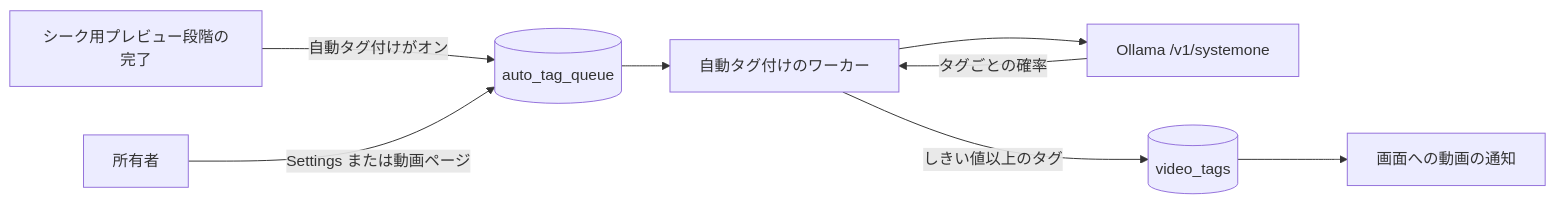
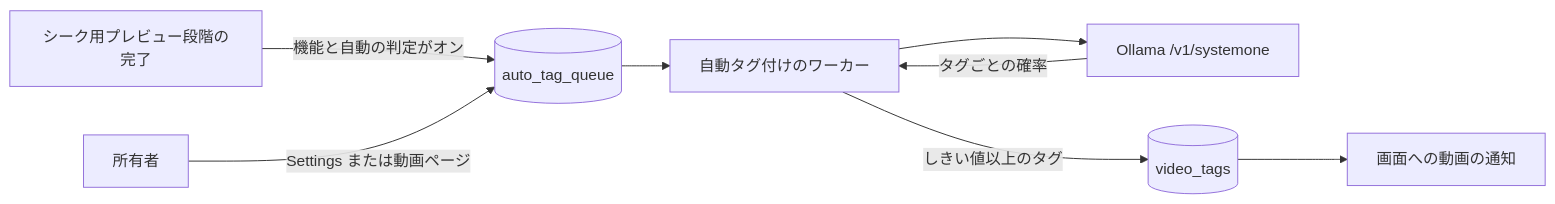
One commit to syudead/vv changed the first of 3 diagrams in translations/ja/docs/design-docs/auto-tagging.md. Above: the diagram before and after it, drawn with Mermaid. The commit also changed other lines of this file and 25 other files, not shown here.

````diff
--- a/translations/ja/docs/design-docs/auto-tagging.md
+++ b/translations/ja/docs/design-docs/auto-tagging.md
@@ -12,10 +12,10 @@
 ```mermaid
 flowchart LR
-  seek[シーク用プレビュー段階の完了] -->|自動タグ付けがオン| queue[(auto_tag_queue)]
+  seek[シーク用プレビュー段階の完了] -->|機能と自動の判定がオン| queue[(auto_tag_queue)]
   owner[所有者] -->|Settings または動画ページ| queue
   queue --> worker[自動タグ付けのワーカー]
   worker --> clef[Ollama /v1/systemone]
   clef -->|タグごとの確率| worker
   worker -->|しきい値以上のタグ| tags[(video_tags)]
   tags --> screen[画面への動画の通知]
 ```
````
